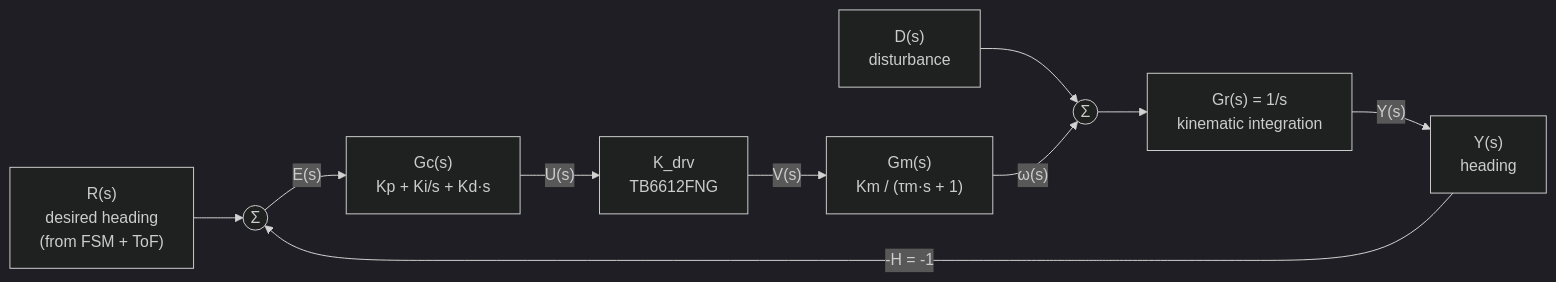
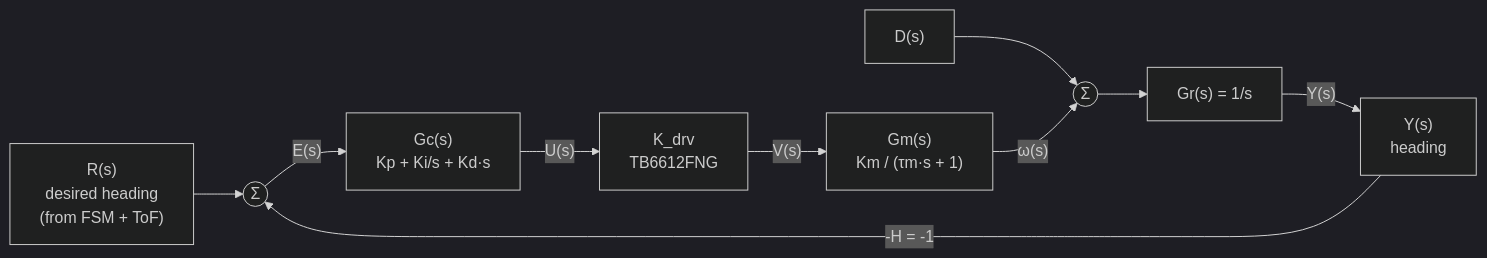
Before and after one commit to executeshawn/sumobot-little-sheep: the diagram in docs/SFG_Report.md, drawn with Mermaid (dark theme). The commit also changed other lines of this file and 7 other files, not shown here.

````diff
--- a/docs/SFG_Report.md
+++ b/docs/SFG_Report.md
@@ -92,12 +86,12 @@
 ```mermaid
 flowchart LR
     R["R(s)<br/>desired heading<br/>(from FSM + ToF)"] --> SUM((Σ))
     SUM -- "E(s)" --> PID["Gc(s)<br/>Kp + Ki/s + Kd·s"]
     PID -- "U(s)" --> DRV["K_drv<br/>TB6612FNG"]
     DRV -- "V(s)" --> MOT["Gm(s)<br/>Km / (τm·s + 1)"]
-    D["D(s)<br/>disturbance"] --> SUM2((Σ))
+    D["D(s)"] --> SUM2((Σ))
     MOT -- "ω(s)" --> SUM2
-    SUM2 --> ROBOT["Gr(s) = 1/s<br/>kinematic integration"]
+    SUM2 --> ROBOT["Gr(s) = 1/s"]
     ROBOT -- "Y(s)" --> OUT["Y(s)<br/>heading"]
     OUT -- "-H = -1" --> SUM
 ```
````
